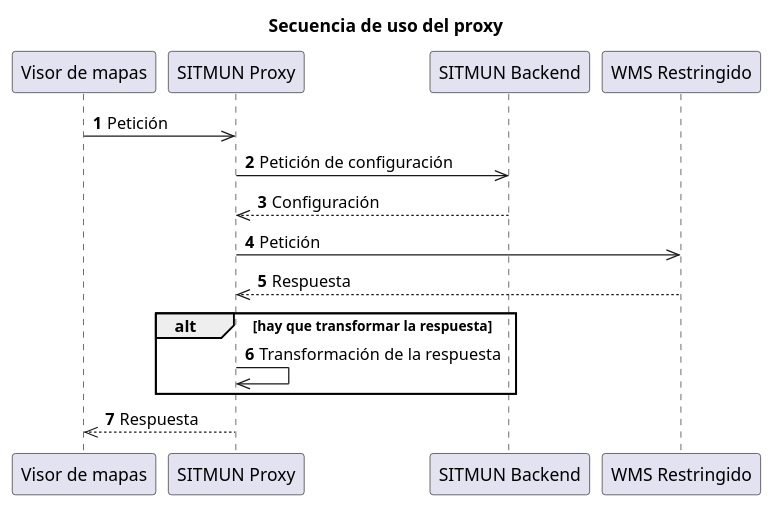
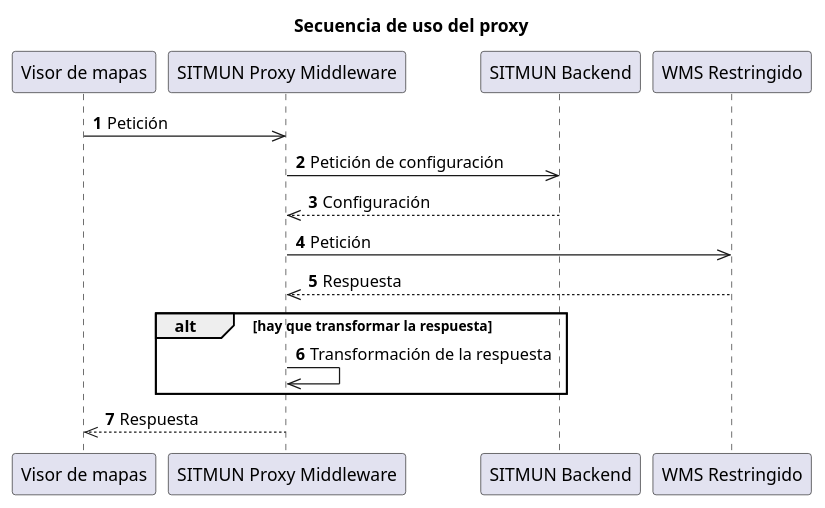
Before and after one commit to sitmun/sitmun.github.io: the second of 2 diagrams in docs/que-es-sitmun/plataforma/arquitectura/diseno.md, drawn with PlantUML. The commit also changed other lines of this file and 33 other files, not shown here.

````diff
--- a/docs/que-es-sitmun/plataforma/arquitectura/diseno.md
+++ b/docs/que-es-sitmun/plataforma/arquitectura/diseno.md
@@ -131,22 +135,22 @@
 ```plantuml alt="Diagrama de secuencia: el visor hace una petición al proxy; el proxy pide la configuración al backend, hace la petición al WMS restringido, transforma la respuesta si hace falta y la devuelve al visor."
 @startuml
 title
     Secuencia de uso del proxy
 end title
 autonumber
 participant "Visor de mapas" as Client
-participant "SITMUN Proxy" as Proxy
+participant "SITMUN Proxy Middleware" as Proxy
 participant "SITMUN Backend" as Backend
 participant "WMS Restringido" as Remoto
 
 Client->>Proxy: Petición
 Proxy->>Backend: Petición de configuración
 Backend-->>Proxy: Configuración
 Proxy->>Remoto: Petición
 Remoto-->>Proxy: Respuesta
 alt hay que transformar la respuesta
     Proxy->>Proxy: Transformación de la respuesta
 end
 Proxy-->>Client: Respuesta
 @enduml
 ```
````
